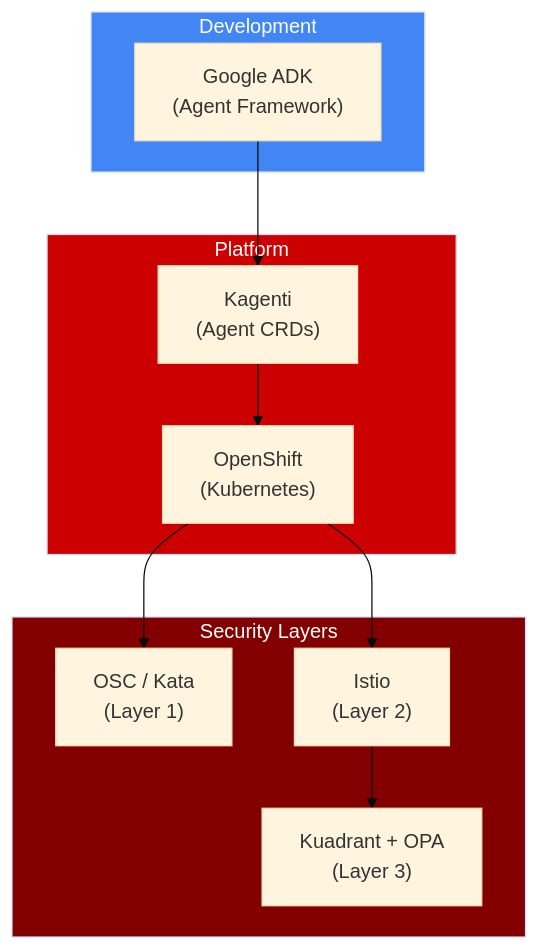
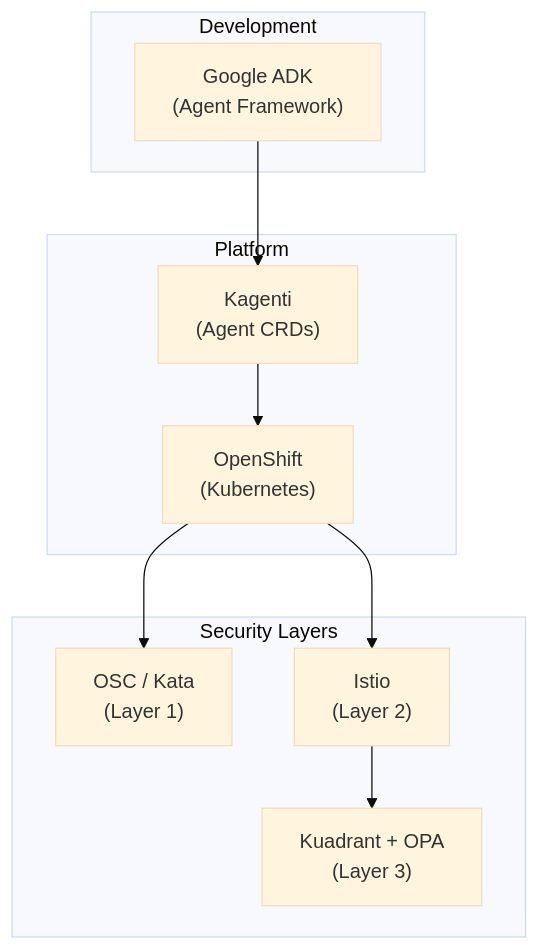
One commit to rrbanda/agent-sandbox-ocp changed the first of 2 diagrams in docs/workshop/01-foundations/04-technology-stack.md. Above: the diagram before and after it, drawn with Mermaid (base theme). The commit also changed other lines of this file and 118 other files, not shown here.

````diff
--- a/docs/workshop/01-foundations/04-technology-stack.md
+++ b/docs/workshop/01-foundations/04-technology-stack.md
@@ -9,27 +7,23 @@
 ```mermaid
 flowchart TB
     subgraph Development["Development"]
         ADK["Google ADK<br/>(Agent Framework)"]
     end
     
     subgraph Platform["Platform"]
         Kagenti["Kagenti<br/>(Agent CRDs)"]
         OCP["OpenShift<br/>(Kubernetes)"]
     end
     
     subgraph Security["Security Layers"]
         OSC["OSC / Kata<br/>(Layer 1)"]
         Istio["Istio<br/>(Layer 2)"]
         Kuadrant["Kuadrant + OPA<br/>(Layer 3)"]
     end
     
     ADK --> Kagenti
     Kagenti --> OCP
     OCP --> OSC
     OCP --> Istio
     Istio --> Kuadrant
-    
-    style Development fill:#4285F4,color:#FFFFFF
-    style Platform fill:#CC0000,color:#FFFFFF
-    style Security fill:#820000,color:#FFFFFF
 ```
````
